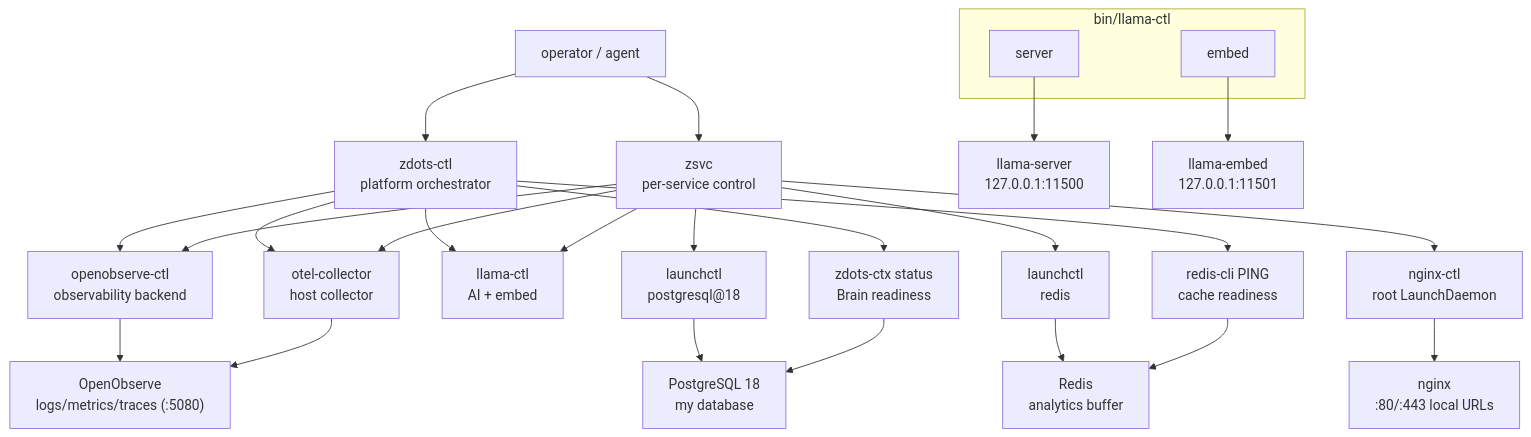
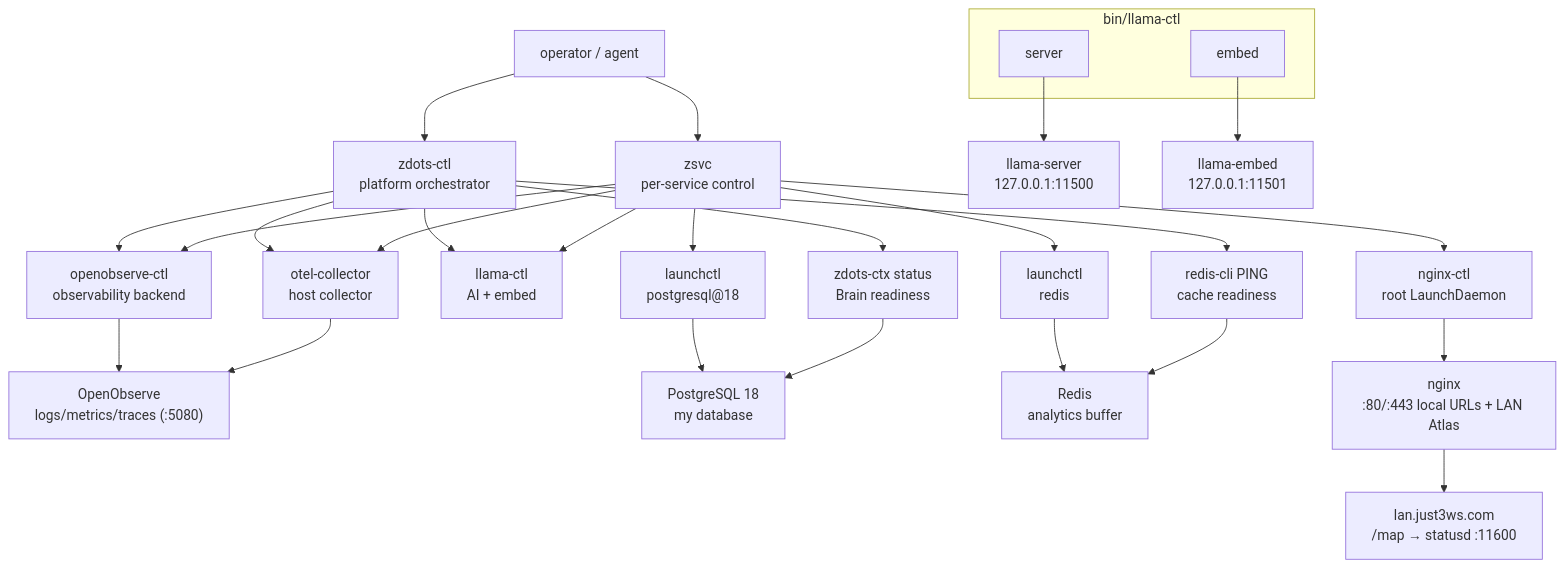
One commit to just3ws/zdots changed the first of 4 diagrams in docs/platform-service-plane.md. Above: the diagram before and after it, drawn with Mermaid. The commit also changed other lines of this file and 13 other files, not shown here.

Commit message:
feat(atlas): add LAN system map

````diff
--- a/docs/platform-service-plane.md
+++ b/docs/platform-service-plane.md
@@ -36,36 +40,37 @@
 ```mermaid
 flowchart TB
     operator["operator / agent"] --> ctl["zdots-ctl\nplatform orchestrator"]
     operator --> zsvc["zsvc\nper-service control"]
 
     ctl --> o2ctl["openobserve-ctl\nobservability backend"]
     ctl --> otelctl["otel-collector\nhost collector"]
     ctl --> llamactl["llama-ctl\nAI + embed"]
     ctl --> brain["zdots-ctx status\nBrain readiness"]
     ctl --> redisprobe["redis-cli PING\ncache readiness"]
 
     zsvc --> llamactl
     zsvc --> otelctl
     zsvc --> o2ctl
     zsvc --> nginxctl["nginx-ctl\nroot LaunchDaemon"]
     zsvc --> pglaunch["launchctl\npostgresql@18"]
     zsvc --> redislaunch["launchctl\nredis"]
 
     o2ctl --> o2["OpenObserve\nlogs/metrics/traces (:5080)"]
     otelctl --> o2
 
     subgraph LlamaCtl[bin/llama-ctl]
         LlamaServer[server]
         LlamaEmbed[embed]
     end
 
     LlamaServer --> llama["llama-server\n127.0.0.1:11500"]
     LlamaEmbed --> embed["llama-embed\n127.0.0.1:11501"]
     
     pglaunch --> postgres["PostgreSQL 18\nmy database"]
     redislaunch --> redis["Redis\nanalytics buffer"]
-    nginxctl --> nginx["nginx\n:80/:443 local URLs"]
+    nginxctl --> nginx["nginx\n:80/:443 local URLs + LAN Atlas"]
+    nginx --> atlas["lan.just3ws.com\n/map → statusd :11600"]
 
     brain --> postgres
     redisprobe --> redis
 ```
````
